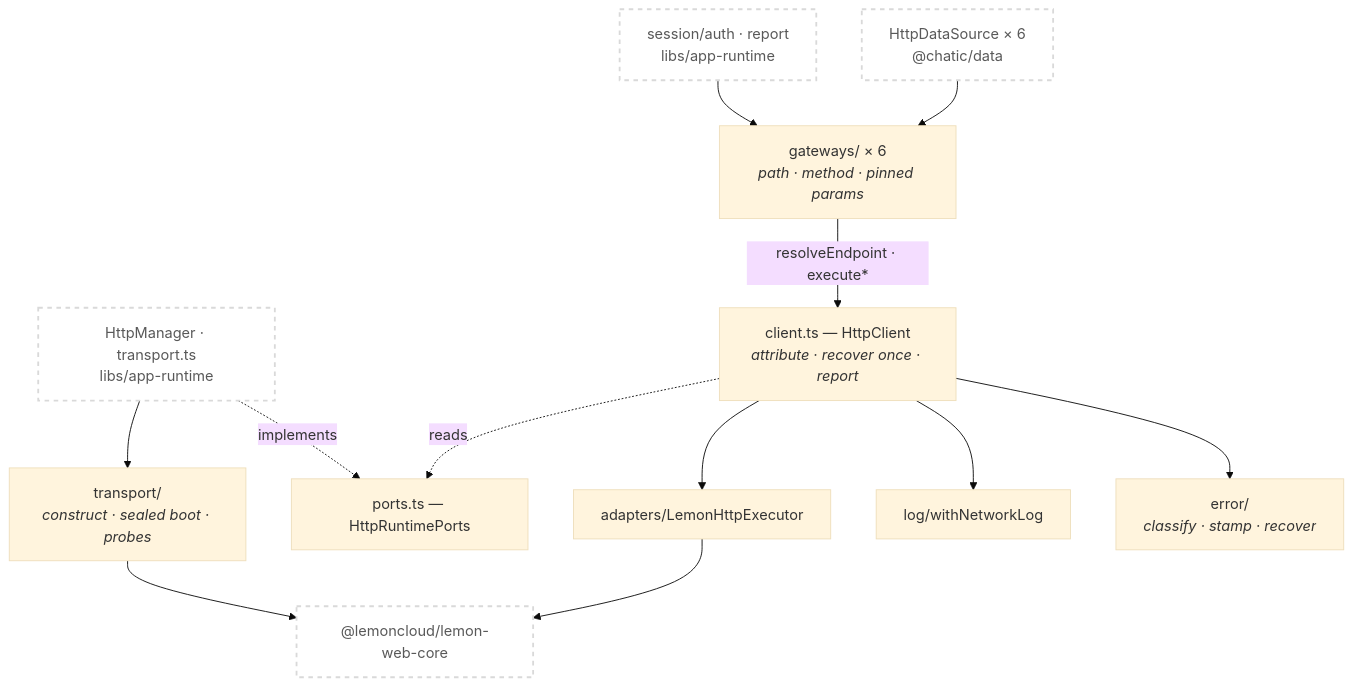
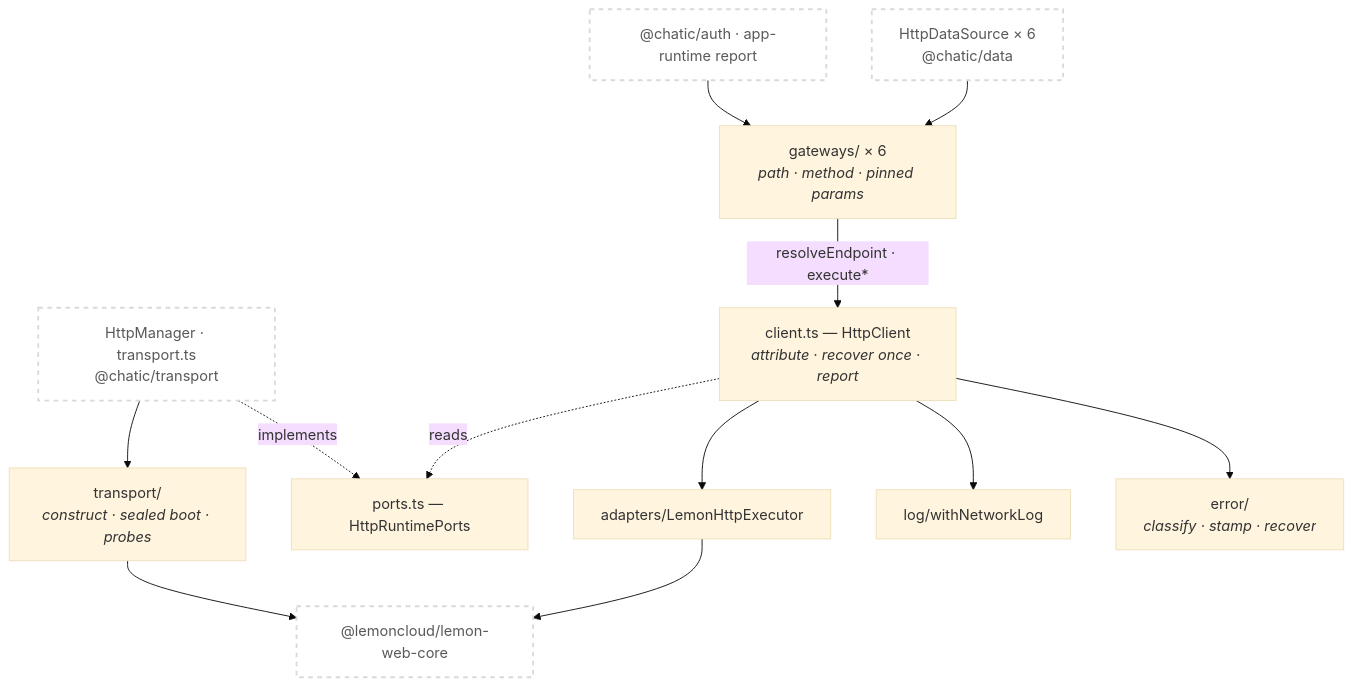
The first of 2 diagrams in libs/http/README.md (lemoncloud-io/dou-app), drawn with Mermaid (base theme) before and after one commit. The commit also changed 214 other files, not shown here.

````diff
--- a/libs/http/README.md
+++ b/libs/http/README.md
@@ -74,29 +74,29 @@
 ```mermaid
 flowchart TD
     classDef ext fill:#ffffff,stroke:#d9d9d9,stroke-width:2px,color:#595959,stroke-dasharray: 5 5;
 
     DS["HttpDataSource × 6<br/>@chatic/data"]:::ext
-    SA["session/auth · report<br/>libs/app-runtime"]:::ext
-    HM["HttpManager · transport.ts<br/>libs/app-runtime"]:::ext
+    SA["@chatic/auth · app-runtime report"]:::ext
+    HM["HttpManager · transport.ts<br/>@chatic/transport"]:::ext
     LWC["@lemoncloud/lemon-web-core"]:::ext
 
     GW["gateways/ × 6<br/><i>path · method · pinned params</i>"]
     CL["client.ts — HttpClient<br/><i>attribute · recover once · report</i>"]
     ERR["error/<br/><i>classify · stamp · recover</i>"]
     LOG["log/withNetworkLog"]
     AD["adapters/LemonHttpExecutor"]
     TR["transport/<br/><i>construct · sealed boot · probes</i>"]
     PORTS["ports.ts — HttpRuntimePorts"]
 
     DS --> GW
     SA --> GW
     GW -->|"resolveEndpoint · execute*"| CL
     CL --> ERR
     CL --> LOG
     CL --> AD
     CL -.->|"reads"| PORTS
     HM -.->|"implements"| PORTS
     HM --> TR
     AD --> LWC
     TR --> LWC
 ```
````
